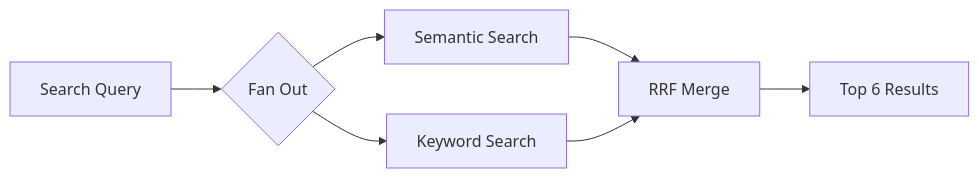
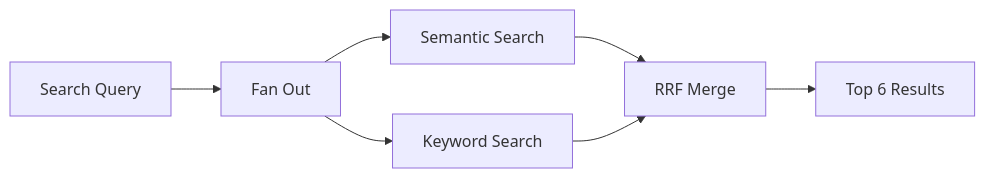
One commit to aspunith/MultAgent-Strategic-Intelligence-System changed the sixth of 6 diagrams in README.md. Above: the diagram before and after it, drawn with Mermaid. The commit also changed other lines of this file, not shown here.

Commit message:
Fix all 6 Mermaid diagrams for GitHub: remove quotes, special chars, simplify nodes

````diff
--- a/README.md
+++ b/README.md
@@ -774,9 +761,9 @@
 ```mermaid
 graph LR
-    Q[Search Query] --> F{Fan Out}
+    Q[Search Query] --> F[Fan Out]
     F --> S[Semantic Search]
     F --> K[Keyword Search]
     S --> RRF[RRF Merge]
     K --> RRF
     RRF --> R[Top 6 Results]
 ```
````
